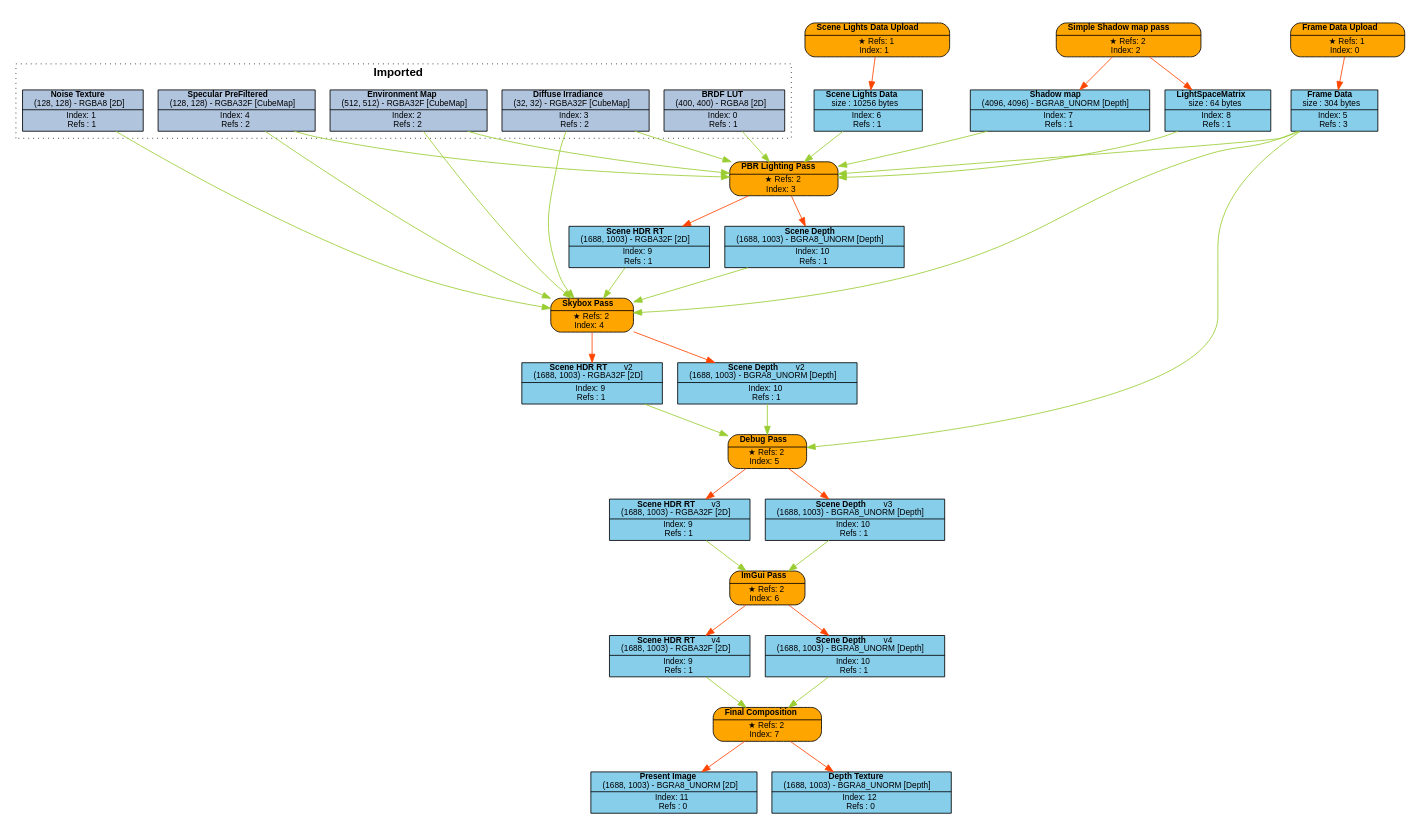
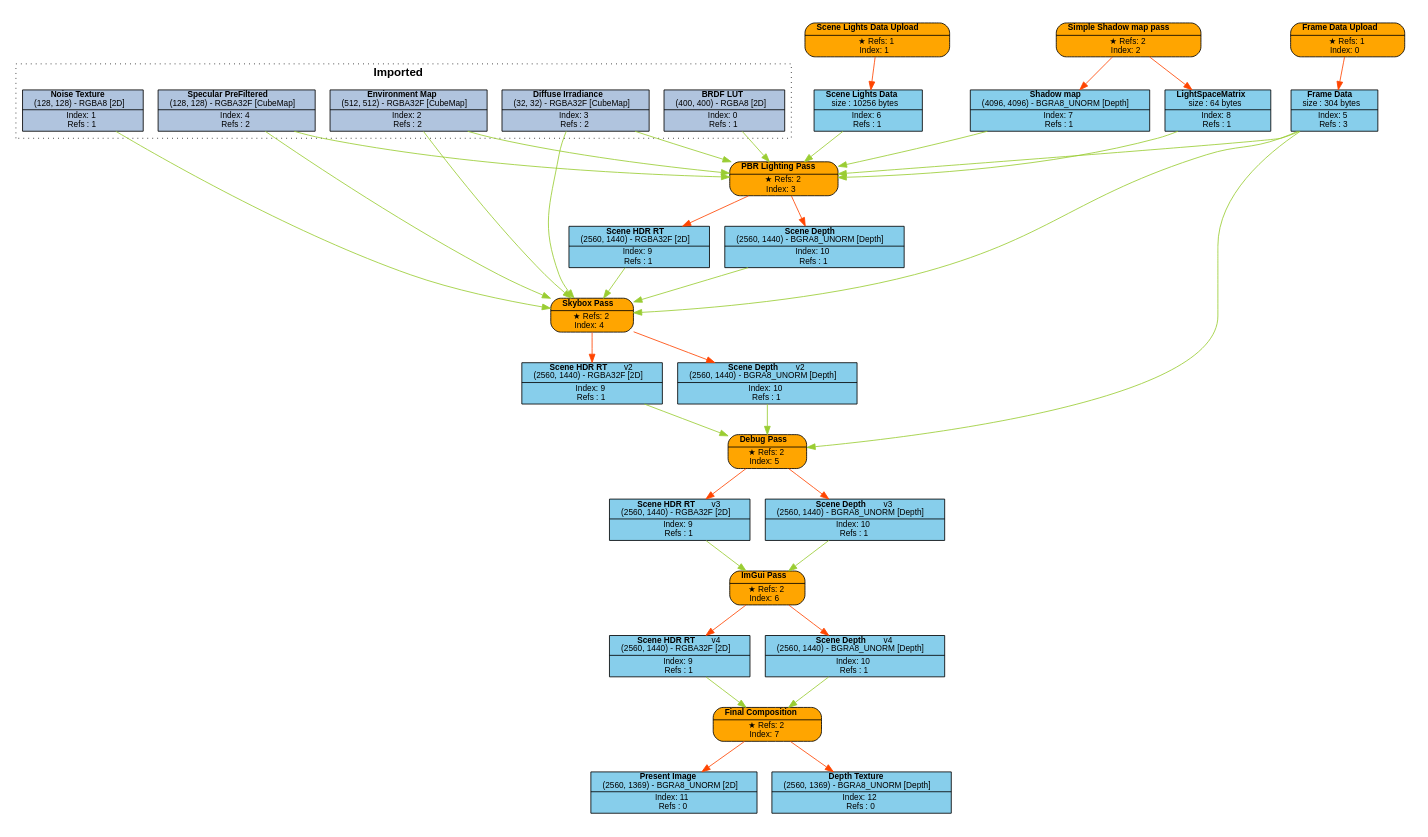
Before and after one commit to Pikachuxxxx/Razix: the diagram in Engine/content/FrameGraphs/pbr_lighting_test.dot, drawn with Graphviz. The commit also changed 18 other files, not shown here.

Commit message:
[Graphics] now Rendering at 1440p;

```diff
--- a/Engine/content/FrameGraphs/pbr_lighting_test.dot
+++ b/Engine/content/FrameGraphs/pbr_lighting_test.dot
@@ -1,93 +1,93 @@
 digraph FrameGraph {
 graph [style=invis, rankdir="TB" ordering=out, splines=spline]
 node [shape=record, fontname="helvetica", fontsize=10, margin="0.2,0.03"]
 
 P0 [label=<{ {<B>Frame Data Upload</B>} | {&#x2605; Refs: 1<BR/> Index: 0} }> style="rounded,filled", fillcolor=orange]
 P1 [label=<{ {<B>Scene Lights Data Upload</B>} | {&#x2605; Refs: 1<BR/> Index: 1} }> style="rounded,filled", fillcolor=orange]
 P2 [label=<{ {<B>Simple Shadow map pass</B>} | {&#x2605; Refs: 2<BR/> Index: 2} }> style="rounded,filled", fillcolor=orange]
 P3 [label=<{ {<B>PBR Lighting Pass</B>} | {&#x2605; Refs: 2<BR/> Index: 3} }> style="rounded,filled", fillcolor=orange]
 P4 [label=<{ {<B>Skybox Pass</B>} | {&#x2605; Refs: 2<BR/> Index: 4} }> style="rounded,filled", fillcolor=orange]
 P5 [label=<{ {<B>Debug Pass</B>} | {&#x2605; Refs: 2<BR/> Index: 5} }> style="rounded,filled", fillcolor=orange]
 P6 [label=<{ {<B>ImGui Pass</B>} | {&#x2605; Refs: 2<BR/> Index: 6} }> style="rounded,filled", fillcolor=orange]
 P7 [label=<{ {<B>Final Composition</B>} | {&#x2605; Refs: 2<BR/> Index: 7} }> style="rounded,filled", fillcolor=orange]
 
 R0_1 [label=<{ {<B>BRDF LUT</B><BR/>(400, 400) - RGBA8 [2D]} | {Index: 0<BR/>Refs : 1} }> style=filled, fillcolor=lightsteelblue]
 R1_1 [label=<{ {<B>Noise Texture</B><BR/>(128, 128) - RGBA8 [2D]} | {Index: 1<BR/>Refs : 1} }> style=filled, fillcolor=lightsteelblue]
 R2_1 [label=<{ {<B>Environment Map</B><BR/>(512, 512) - RGBA32F [CubeMap]} | {Index: 2<BR/>Refs : 2} }> style=filled, fillcolor=lightsteelblue]
 R3_1 [label=<{ {<B>Diffuse Irradiance</B><BR/>(32, 32) - RGBA32F [CubeMap]} | {Index: 3<BR/>Refs : 2} }> style=filled, fillcolor=lightsteelblue]
 R4_1 [label=<{ {<B>Specular PreFiltered</B><BR/>(128, 128) - RGBA32F [CubeMap]} | {Index: 4<BR/>Refs : 2} }> style=filled, fillcolor=lightsteelblue]
 R5_1 [label=<{ {<B>Frame Data</B><BR/>size : 304 bytes} | {Index: 5<BR/>Refs : 3} }> style=filled, fillcolor=skyblue]
 R6_1 [label=<{ {<B>Scene Lights Data</B><BR/>size : 10256 bytes} | {Index: 6<BR/>Refs : 1} }> style=filled, fillcolor=skyblue]
 R7_1 [label=<{ {<B>Shadow map</B><BR/>(4096, 4096) - BGRA8_UNORM [Depth]} | {Index: 7<BR/>Refs : 1} }> style=filled, fillcolor=skyblue]
 R8_1 [label=<{ {<B>LightSpaceMatrix</B><BR/>size : 64 bytes} | {Index: 8<BR/>Refs : 1} }> style=filled, fillcolor=skyblue]
-R9_1 [label=<{ {<B>Scene HDR RT</B><BR/>(1688, 1003) - RGBA32F [2D]} | {Index: 9<BR/>Refs : 1} }> style=filled, fillcolor=skyblue]
-R10_1 [label=<{ {<B>Scene Depth</B><BR/>(1688, 1003) - BGRA8_UNORM [Depth]} | {Index: 10<BR/>Refs : 1} }> style=filled, fillcolor=skyblue]
-R9_2 [label=<{ {<B>Scene HDR RT</B>   <FONT>v2</FONT><BR/>(1688, 1003) - RGBA32F [2D]} | {Index: 9<BR/>Refs : 1} }> style=filled, fillcolor=skyblue]
-R10_2 [label=<{ {<B>Scene Depth</B>   <FONT>v2</FONT><BR/>(1688, 1003) - BGRA8_UNORM [Depth]} | {Index: 10<BR/>Refs : 1} }> style=filled, fillcolor=skyblue]
-R9_3 [label=<{ {<B>Scene HDR RT</B>   <FONT>v3</FONT><BR/>(1688, 1003) - RGBA32F [2D]} | {Index: 9<BR/>Refs : 1} }> style=filled, fillcolor=skyblue]
-R10_3 [label=<{ {<B>Scene Depth</B>   <FONT>v3</FONT><BR/>(1688, 1003) - BGRA8_UNORM [Depth]} | {Index: 10<BR/>Refs : 1} }> style=filled, fillcolor=skyblue]
-R9_4 [label=<{ {<B>Scene HDR RT</B>   <FONT>v4</FONT><BR/>(1688, 1003) - RGBA32F [2D]} | {Index: 9<BR/>Refs : 1} }> style=filled, fillcolor=skyblue]
-R10_4 [label=<{ {<B>Scene Depth</B>   <FONT>v4</FONT><BR/>(1688, 1003) - BGRA8_UNORM [Depth]} | {Index: 10<BR/>Refs : 1} }> style=filled, fillcolor=skyblue]
-R11_1 [label=<{ {<B>Present Image</B><BR/>(1688, 1003) - BGRA8_UNORM [2D]} | {Index: 11<BR/>Refs : 0} }> style=filled, fillcolor=skyblue]
-R12_1 [label=<{ {<B>Depth Texture</B><BR/>(1688, 1003) - BGRA8_UNORM [Depth]} | {Index: 12<BR/>Refs : 0} }> style=filled, fillcolor=skyblue]
+R9_1 [label=<{ {<B>Scene HDR RT</B><BR/>(2560, 1440) - RGBA32F [2D]} | {Index: 9<BR/>Refs : 1} }> style=filled, fillcolor=skyblue]
+R10_1 [label=<{ {<B>Scene Depth</B><BR/>(2560, 1440) - BGRA8_UNORM [Depth]} | {Index: 10<BR/>Refs : 1} }> style=filled, fillcolor=skyblue]
+R9_2 [label=<{ {<B>Scene HDR RT</B>   <FONT>v2</FONT><BR/>(2560, 1440) - RGBA32F [2D]} | {Index: 9<BR/>Refs : 1} }> style=filled, fillcolor=skyblue]
+R10_2 [label=<{ {<B>Scene Depth</B>   <FONT>v2</FONT><BR/>(2560, 1440) - BGRA8_UNORM [Depth]} | {Index: 10<BR/>Refs : 1} }> style=filled, fillcolor=skyblue]
+R9_3 [label=<{ {<B>Scene HDR RT</B>   <FONT>v3</FONT><BR/>(2560, 1440) - RGBA32F [2D]} | {Index: 9<BR/>Refs : 1} }> style=filled, fillcolor=skyblue]
+R10_3 [label=<{ {<B>Scene Depth</B>   <FONT>v3</FONT><BR/>(2560, 1440) - BGRA8_UNORM [Depth]} | {Index: 10<BR/>Refs : 1} }> style=filled, fillcolor=skyblue]
+R9_4 [label=<{ {<B>Scene HDR RT</B>   <FONT>v4</FONT><BR/>(2560, 1440) - RGBA32F [2D]} | {Index: 9<BR/>Refs : 1} }> style=filled, fillcolor=skyblue]
+R10_4 [label=<{ {<B>Scene Depth</B>   <FONT>v4</FONT><BR/>(2560, 1440) - BGRA8_UNORM [Depth]} | {Index: 10<BR/>Refs : 1} }> style=filled, fillcolor=skyblue]
+R11_1 [label=<{ {<B>Present Image</B><BR/>(2560, 1369) - BGRA8_UNORM [2D]} | {Index: 11<BR/>Refs : 0} }> style=filled, fillcolor=skyblue]
+R12_1 [label=<{ {<B>Depth Texture</B><BR/>(2560, 1369) - BGRA8_UNORM [Depth]} | {Index: 12<BR/>Refs : 0} }> style=filled, fillcolor=skyblue]
 
 P0 -> { R5_1 } [color=orangered]
 P1 -> { R6_1 } [color=orangered]
 P2 -> { R7_1 R8_1 } [color=orangered]
 P3 -> { R9_1 R10_1 } [color=orangered]
 P4 -> { R9_2 R10_2 } [color=orangered]
 P5 -> { R9_3 R10_3 } [color=orangered]
 P6 -> { R9_4 R10_4 } [color=orangered]
 P7 -> { R11_1 R12_1 } [color=orangered]
 
 R0_1 -> { P3 } [color=olivedrab3]
 R1_1 -> { P4 } [color=olivedrab3]
 R2_1 -> { P3 P4 } [color=olivedrab3]
 R3_1 -> { P3 P4 } [color=olivedrab3]
 R4_1 -> { P3 P4 } [color=olivedrab3]
 R5_1 -> { P3 P4 P5 } [color=olivedrab3]
 R6_1 -> { P3 } [color=olivedrab3]
 R7_1 -> { P3 } [color=olivedrab3]
 R8_1 -> { P3 } [color=olivedrab3]
 R9_1 -> { P4 } [color=olivedrab3]
 R10_1 -> { P4 } [color=olivedrab3]
 R9_2 -> { P5 } [color=olivedrab3]
 R10_2 -> { P5 } [color=olivedrab3]
 R9_3 -> { P6 } [color=olivedrab3]
 R10_3 -> { P6 } [color=olivedrab3]
 R9_4 -> { P7 } [color=olivedrab3]
 R10_4 -> { P7 } [color=olivedrab3]
 R11_1 -> { } [color=olivedrab3]
 R12_1 -> { } [color=olivedrab3]
 
 subgraph cluster_0 {
 P0 R5_1 
 }
 subgraph cluster_1 {
 P1 R6_1 
 }
 subgraph cluster_2 {
 P2 R7_1 R8_1 
 }
 subgraph cluster_3 {
 P3 R9_1 R10_1 
 }
 subgraph cluster_4 {
 P4 
 }
 subgraph cluster_5 {
 P5 
 }
 subgraph cluster_6 {
 P6 
 }
 subgraph cluster_7 {
 P7 R11_1 R12_1 
 }
 
 subgraph cluster_imported_resources {
 graph [style=dotted, fontname="helvetica", label=< <B>Imported</B> >]
 R0_1 R1_1 R2_1 R3_1 R4_1 
 }
 
 }
```
